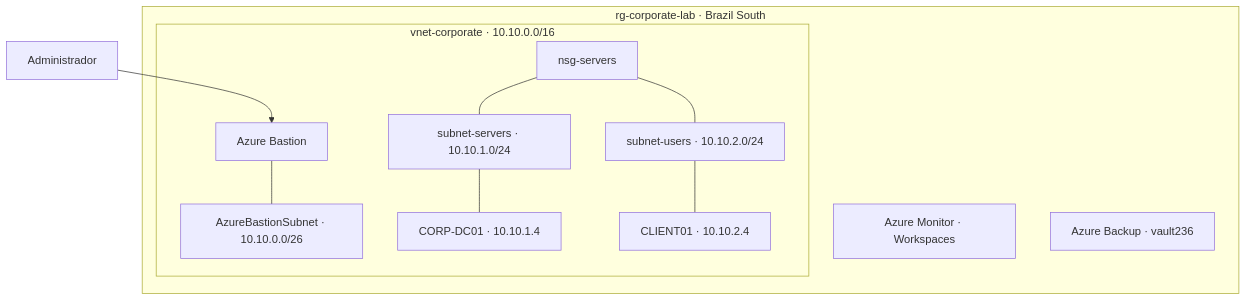
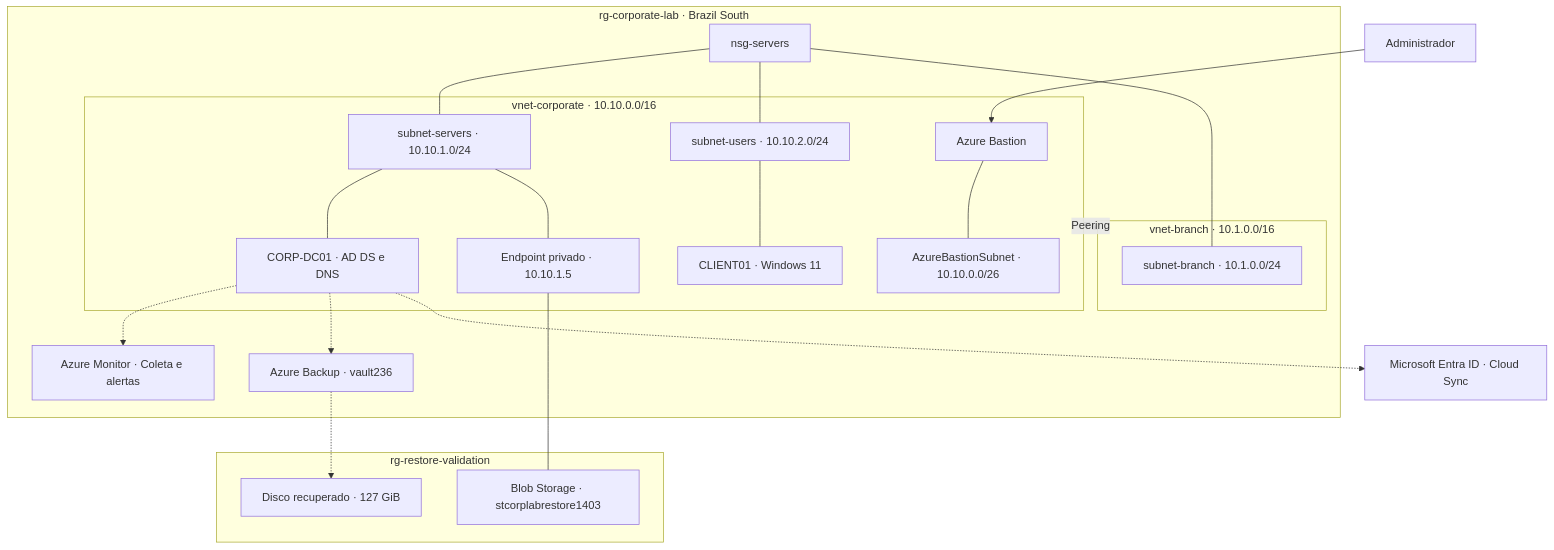
The diagram in diagrams/arquitetura.mmd (pedrosilva1403/azure-infrastructure-lab), drawn with Mermaid before and after one commit. The commit also changed 5 other files, not shown here.

```diff
--- a/diagrams/arquitetura.mmd
+++ b/diagrams/arquitetura.mmd
@@ -1,13 +1,26 @@
 flowchart TB
     admin[Administrador] --> bastion[Azure Bastion]
-    subgraph azure[rg-corporate-lab · Brazil South]
+    subgraph corporate[rg-corporate-lab · Brazil South]
         subgraph net[vnet-corporate · 10.10.0.0/16]
             bastion --- sb[AzureBastionSubnet · 10.10.0.0/26]
-            servers[subnet-servers · 10.10.1.0/24] --- dc[CORP-DC01 · 10.10.1.4]
-            users[subnet-users · 10.10.2.0/24] --- client[CLIENT01 · 10.10.2.4]
-            nsg[nsg-servers] --- servers
-            nsg --- users
+            servers[subnet-servers · 10.10.1.0/24] --- dc[CORP-DC01 · AD DS e DNS]
+            users[subnet-users · 10.10.2.0/24] --- client[CLIENT01 · Windows 11]
+            servers --- pe[Endpoint privado · 10.10.1.5]
         end
-        monitoring[Azure Monitor · Workspaces]
-        backup[Azure Backup · vault236]
+        subgraph branch[vnet-branch · 10.1.0.0/16]
+            branchsub[subnet-branch · 10.1.0.0/24]
+        end
+        net <-->|Peering| branch
+        nsg[nsg-servers] --- servers
+        nsg --- users
+        nsg --- branchsub
+        dc -.-> monitor[Azure Monitor · Coleta e alertas]
+        dc -.-> backup[Azure Backup · vault236]
     end
+    subgraph restore[rg-restore-validation]
+        blob[Blob Storage · stcorplabrestore1403]
+        disk[Disco recuperado · 127 GiB]
+    end
+    pe --- blob
+    backup -.-> disk
+    dc -.-> entra[Microsoft Entra ID · Cloud Sync]
```
